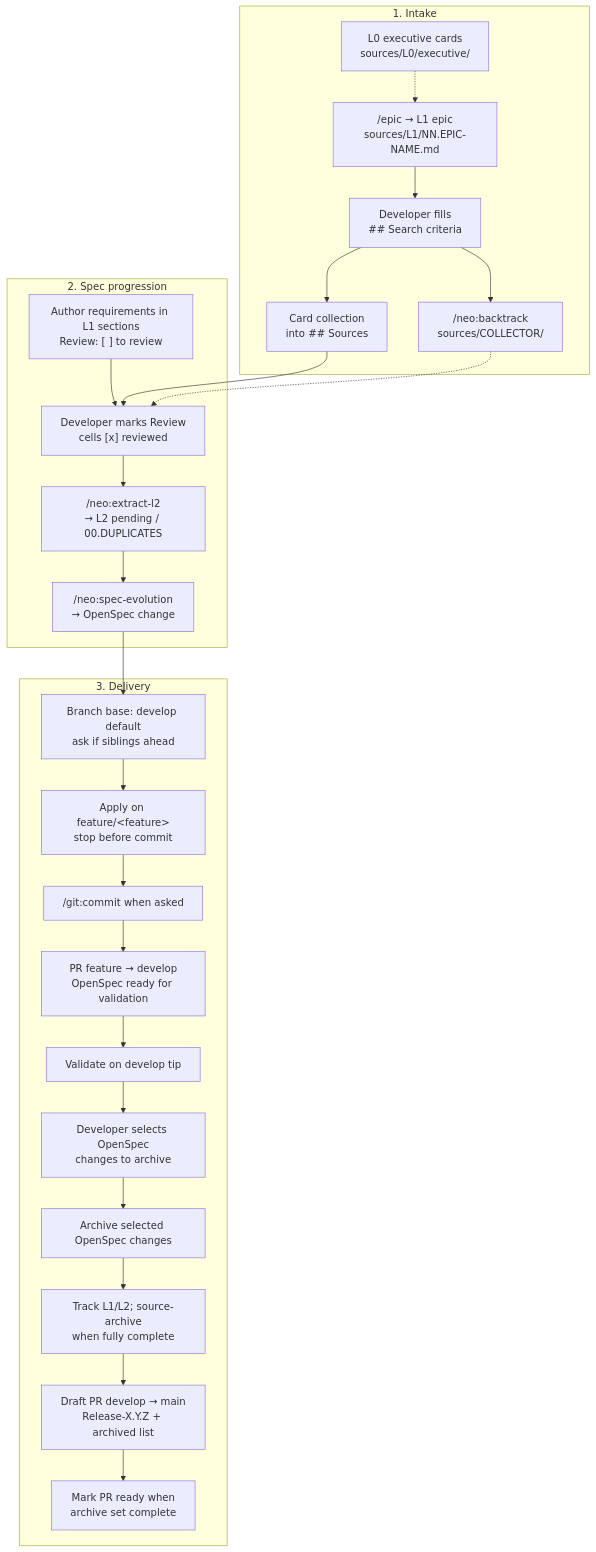
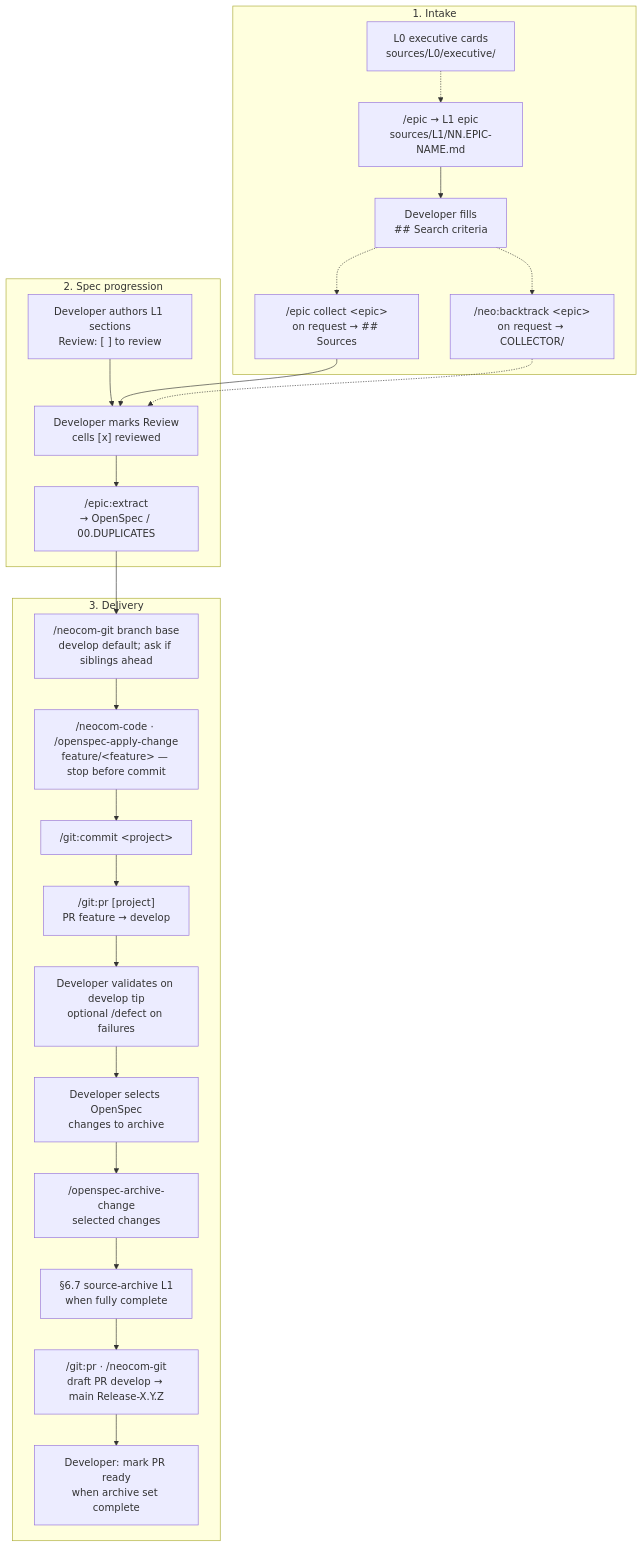
One commit to AdamAntinoo/neocom-meta changed the first of 9 diagrams in .dsh/METHODOLOGY.md. Above: the diagram before and after it, drawn with Mermaid. The commit also changed other lines of this file and 261 other files, not shown here.

First line of the commit message:
feat(meta): drop L2 and register epic-extract plus front-domain-nodes

````diff
--- a/.dsh/METHODOLOGY.md
+++ b/.dsh/METHODOLOGY.md
@@ -22,40 +22,39 @@
 ```mermaid
 flowchart TB
   subgraph intake["1. Intake"]
     L0["L0 executive cards<br/>sources/L0/executive/"]
     epic["/epic → L1 epic<br/>sources/L1/NN.EPIC-NAME.md"]
     criteria["Developer fills<br/>## Search criteria"]
-    cards["Card collection<br/>into ## Sources"]
-    backtrack["/neo:backtrack<br/>sources/COLLECTOR/"]
+    cards["/epic collect &lt;epic&gt;<br/>on request → ## Sources"]
+    backtrack["/neo:backtrack &lt;epic&gt;<br/>on request → COLLECTOR/"]
     L0 -.-> epic
     epic --> criteria
-    criteria --> cards
-    criteria --> backtrack
+    criteria -.-> cards
+    criteria -.-> backtrack
   end
 
   subgraph progression["2. Spec progression"]
-    author["Author requirements in L1 sections<br/>Review: [ ] to review"]
+    author["Developer authors L1 sections<br/>Review: [ ] to review"]
     review["Developer marks Review<br/>cells [x] reviewed"]
-    extract["/neo:extract-l2<br/>→ L2 pending / 00.DUPLICATES"]
-    evolve["/neo:spec-evolution<br/>→ OpenSpec change"]
-    author --> review --> extract --> evolve
+    extract["/epic:extract<br/>→ OpenSpec / 00.DUPLICATES"]
+    author --> review --> extract
   end
 
   subgraph delivery["3. Delivery"]
-    base["Branch base: develop default<br/>ask if siblings ahead"]
-    apply["Apply on feature/&lt;feature&gt;<br/>stop before commit"]
-    commit["/git:commit when asked"]
-    prDev["PR feature → develop<br/>OpenSpec ready for validation"]
-    val["Validate on develop tip"]
+    base["/neocom-git branch base<br/>develop default; ask if siblings ahead"]
+    apply["/neocom-code · /openspec-apply-change<br/>feature/&lt;feature&gt; — stop before commit"]
+    commit["/git:commit &lt;project&gt;"]
+    prDev["/git:pr [project]<br/>PR feature → develop"]
+    val["Developer validates on develop tip<br/>optional /defect on failures"]
     pick["Developer selects OpenSpec<br/>changes to archive"]
-    archive["Archive selected OpenSpec changes"]
-    srcArch["Track L1/L2; source-archive<br/>when fully complete"]
-    draft["Draft PR develop → main<br/>Release-X.Y.Z + archived list"]
-    ready["Mark PR ready when<br/>archive set complete"]
+    archive["/openspec-archive-change<br/>selected changes"]
+    srcArch["§6.7 source-archive L1<br/>when fully complete"]
+    draft["/git:pr · /neocom-git<br/>draft PR develop → main Release-X.Y.Z"]
+    ready["Developer: mark PR ready<br/>when archive set complete"]
     base --> apply --> commit --> prDev --> val --> pick --> archive --> srcArch --> draft --> ready
   end
 
   cards --> review
   backtrack -.-> review
-  evolve --> base
+  extract --> base
 ```
````
